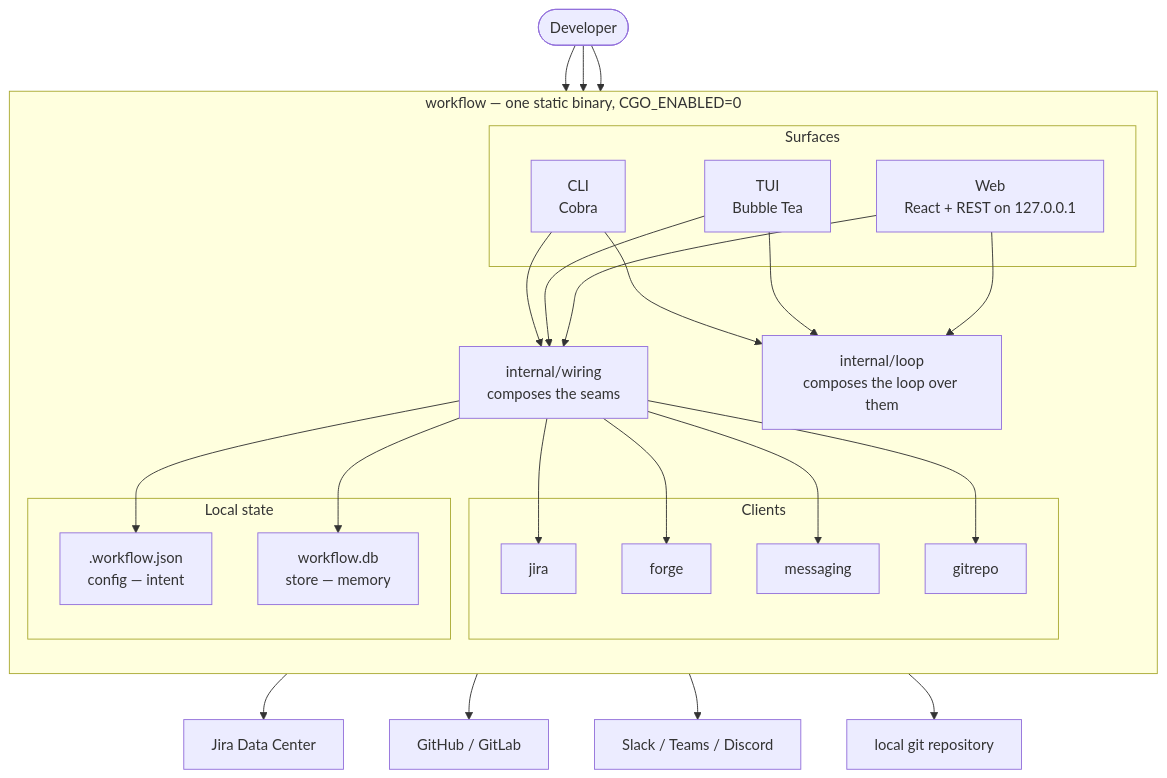
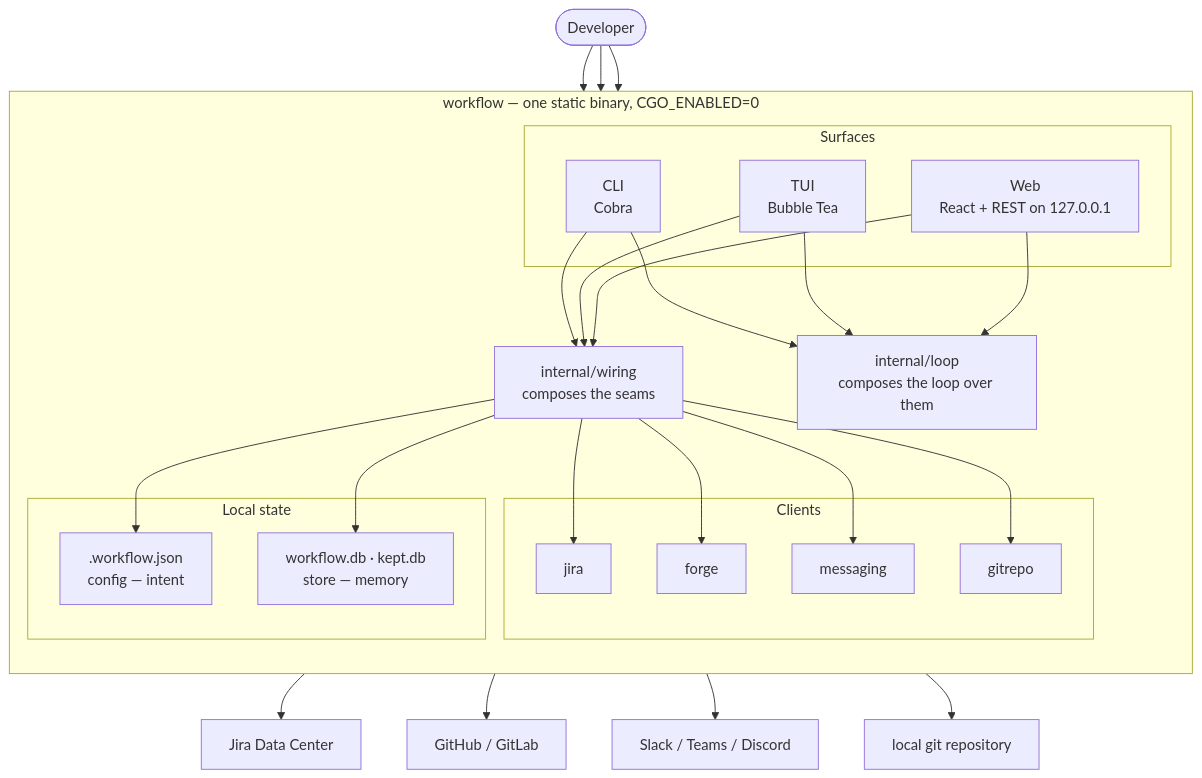
One commit to jacob-delgado/workflow changed the first of 4 diagrams in ARCHITECTURE.md. Above: the diagram before and after it, drawn with Mermaid. The commit also changed other lines of this file, not shown here.

First line of the commit message:
docs(architecture): describe kept.db beside the cache

````diff
--- a/ARCHITECTURE.md
+++ b/ARCHITECTURE.md
@@ -36,35 +38,35 @@
 ```mermaid
 flowchart TB
     dev(["Developer"])
 
     subgraph binary["workflow — one static binary, CGO_ENABLED=0"]
         direction TB
         subgraph surfaces["Surfaces"]
             cli["CLI<br/>Cobra"]
             tui["TUI<br/>Bubble Tea"]
             web["Web<br/>React + REST on 127.0.0.1"]
         end
         wiring["internal/wiring<br/>composes the seams"]
         loop["internal/loop<br/>composes the loop over them"]
         subgraph clients["Clients"]
             jira["jira"]
             forge["forge"]
             msg["messaging"]
             git["gitrepo"]
         end
         subgraph localstate["Local state"]
             cfg[".workflow.json<br/>config — intent"]
-            store["workflow.db<br/>store — memory"]
+            store["workflow.db · kept.db<br/>store — memory"]
         end
     end
 
     dev --> cli & tui & web
     cli & tui & web --> wiring
     cli & tui & web --> loop
     wiring --> jira & forge & msg & git
     wiring --> cfg & store
     jira --> jiraSrv["Jira Data Center"]
     forge --> forgeSrv["GitHub / GitLab"]
     msg --> chat["Slack / Teams / Discord"]
     git --> repo["local git repository"]
 ```
````
